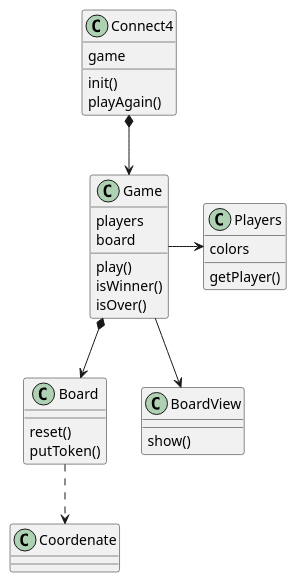
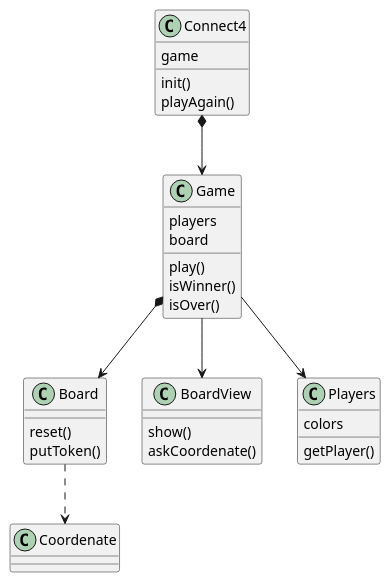
The diagram in Connect4/images/structure-diagrams/classes-diagram.plantuml (BernatQI/Master-Programacion-Diseno-Software), drawn with PlantUML before and after one commit.

```diff
--- a/Connect4/images/structure-diagrams/classes-diagram.plantuml
+++ b/Connect4/images/structure-diagrams/classes-diagram.plantuml
@@ -1,39 +1,40 @@
 @startuml "Classes Diagram"
 
 class Connect4 {
   game
 
   init()
   playAgain()
 }
 class Game {
   players
   board
 
   play()
   isWinner()
   isOver()
 }
 class Coordenate {
 
 }
 class Board {
   reset()
   putToken()
 }
 class BoardView {
   show()
+  askCoordenate()
 }
 class Players {
   colors
 
   getPlayer()
 }
 
 Connect4 *--> Game
-Game -> Players
+Game --> Players
 Game *--> Board
 Game --> BoardView
 Board ..> Coordenate
 
 @enduml
```
